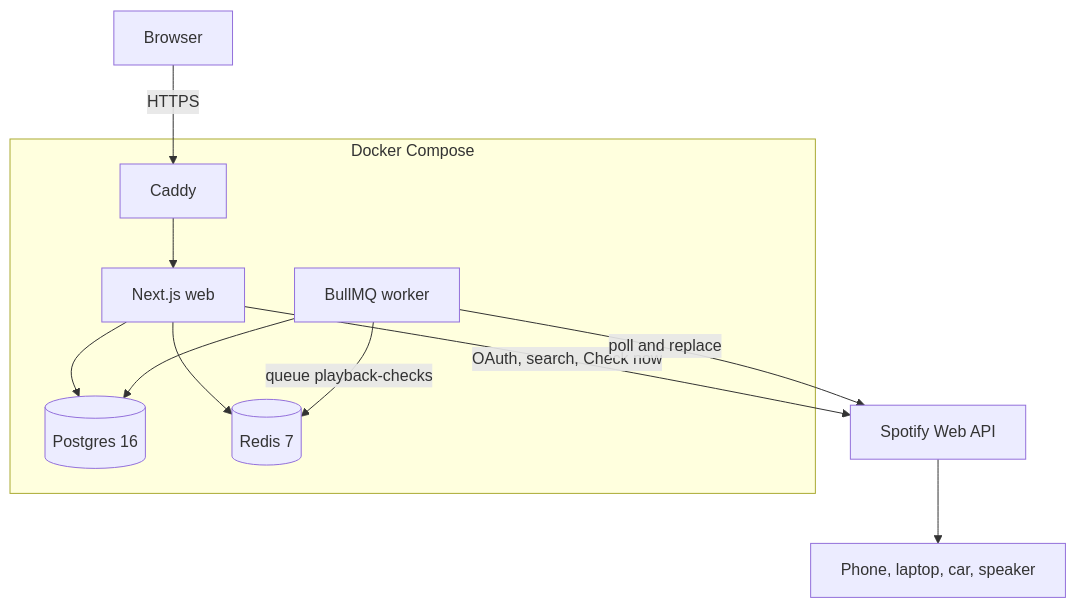
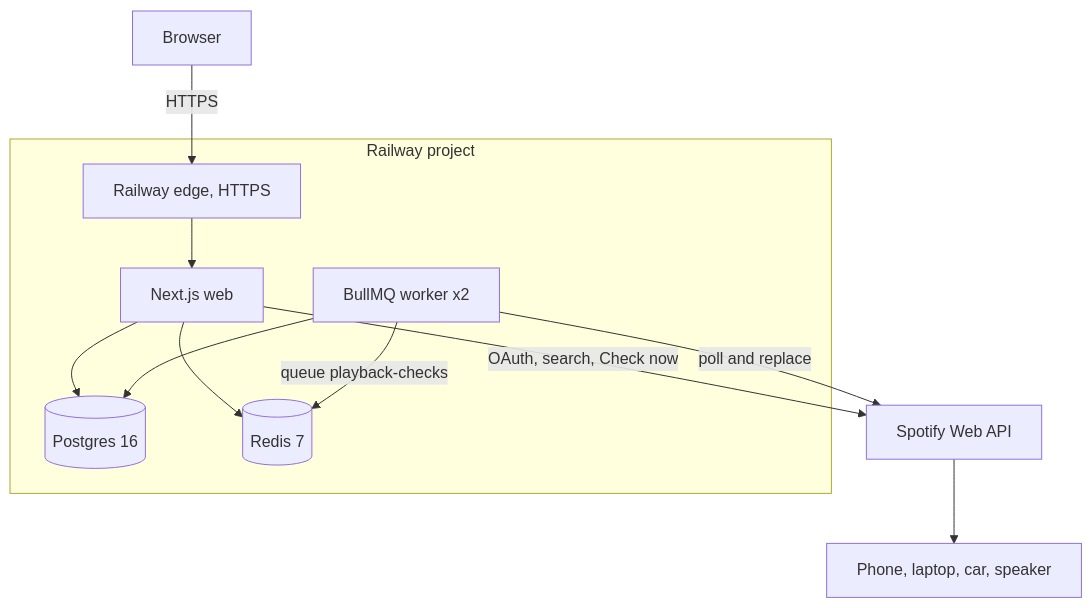
One commit to Mithridates01/onlysongs.io changed the first of 2 diagrams in docs/ARCHITECTURE.md. Above: the diagram before and after it, drawn with Mermaid. The commit also changed other lines of this file and 11 other files, not shown here.

````diff
--- a/docs/ARCHITECTURE.md
+++ b/docs/ARCHITECTURE.md
@@ -58,23 +58,23 @@
 ```mermaid
 flowchart TB
   listener[Browser]
   devices[Phone, laptop, car, speaker]
-  subgraph server [Docker Compose]
-    caddy[Caddy]
+  subgraph server [Railway project]
+    caddy[Railway edge, HTTPS]
     web[Next.js web]
-    worker[BullMQ worker]
+    worker[BullMQ worker x2]
     postgres[(Postgres 16)]
     redis[(Redis 7)]
   end
   spotify[Spotify Web API]
 
   listener -->|HTTPS| caddy
   caddy --> web
   web --> postgres
   web --> redis
   web -->|OAuth, search, Check now| spotify
   worker -->|queue playback-checks| redis
   worker --> postgres
   worker -->|poll and replace| spotify
   spotify --> devices
 ```
````
